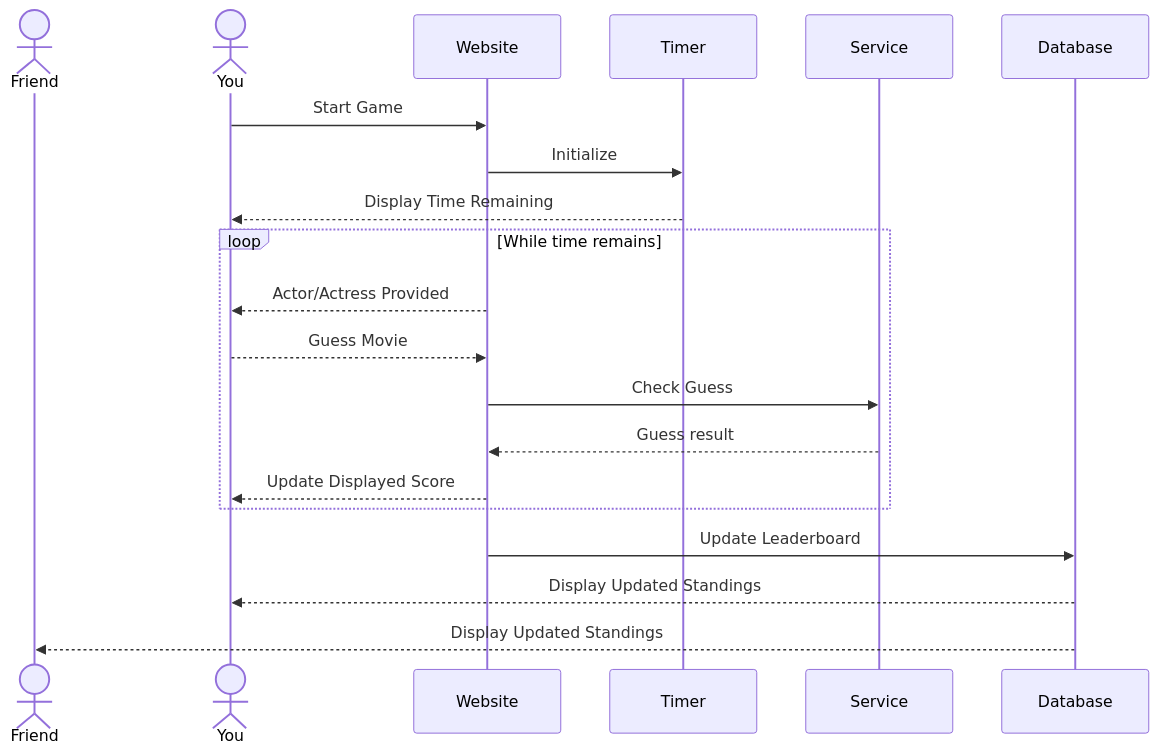
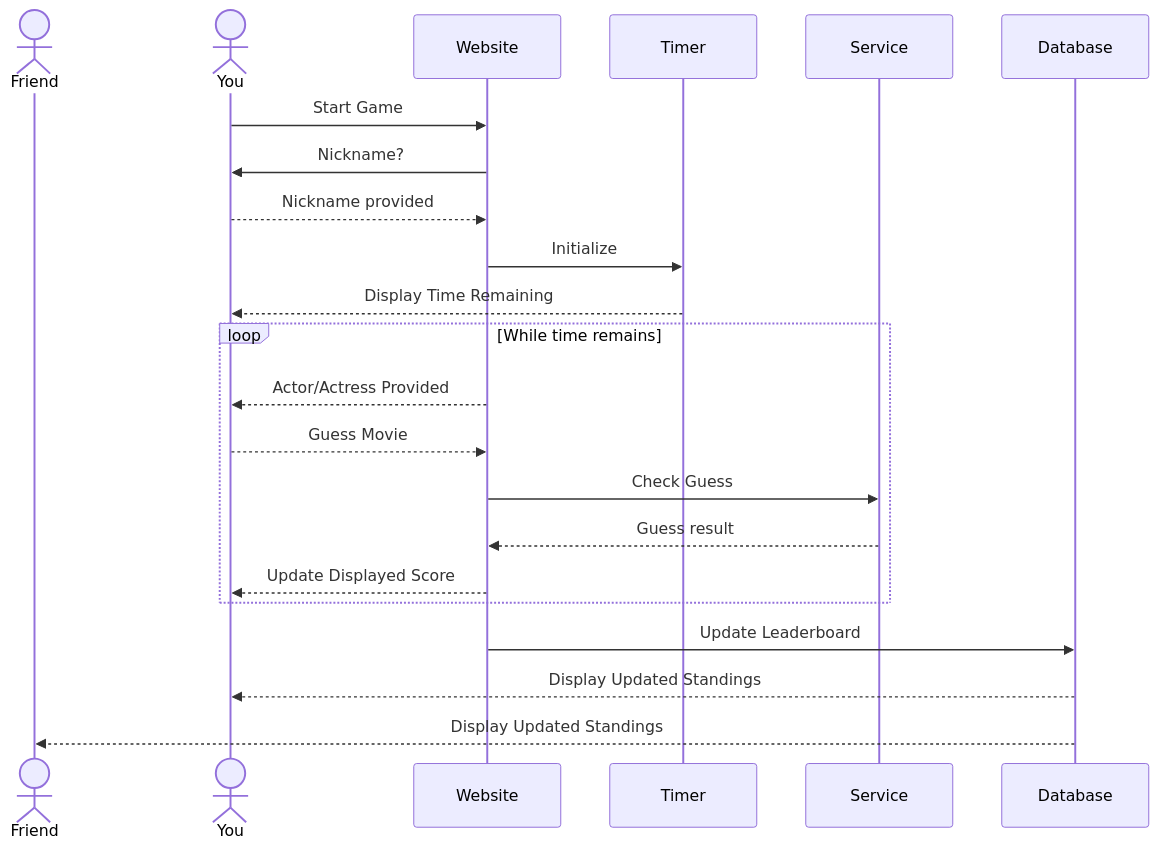
Before and after one commit to efoulk4/Actordle: the diagram in README.md, drawn with Mermaid. The commit also changed other lines of this file, not shown here.

````diff
--- a/README.md
+++ b/README.md
@@ -16,23 +16,25 @@
 ```mermaid
 sequenceDiagram
     actor Friend
     actor You
     participant Website
     participant Timer
     participant Service
     participant Database
 
     You->>Website: Start Game
+    Website->>You: Nickname?
+    You-->>Website: Nickname provided
     Website->>Timer: Initialize
     Timer-->>You: Display Time Remaining
     loop While time remains
         Website-->>You: Actor/Actress Provided
         You-->>Website: Guess Movie
         Website->>Service: Check Guess
         Service-->>Website: Guess result
         Website-->>You: Update Displayed Score
     end
     Website->>Database: Update Leaderboard
     Database-->>You: Display Updated Standings
     Database-->>Friend: Display Updated Standings
 ```
````
